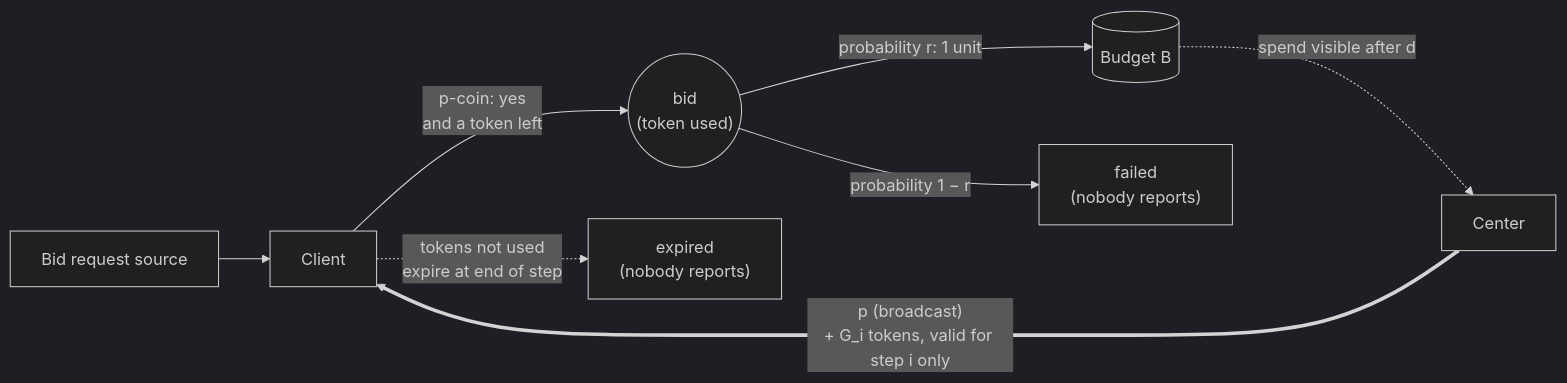
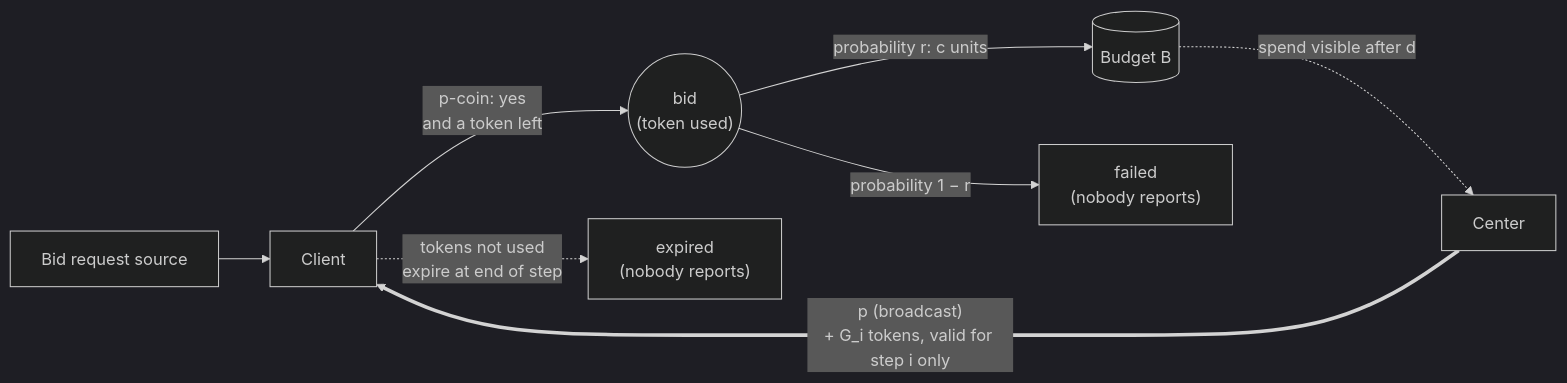
Before and after one commit to ayarodionov/budget-pacing-models: the first of 2 diagrams in models/token-cap-b.md, drawn with Mermaid (dark theme). The commit also changed other lines of this file and 13 other files, not shown here.

````diff
--- a/models/token-cap-b.md
+++ b/models/token-cap-b.md
@@ -20,10 +25,10 @@
 ```mermaid
 flowchart LR
     SRC["Bid request source"] --> CL["Client"]
     CTR["Center"] ==>|"p (broadcast)<br/>+ G_i tokens, valid for step i only"| CL
     CL -->|"p-coin: yes<br/>and a token left"| BID(("bid<br/>(token used)"))
     CL -.->|"tokens not used<br/>expire at end of step"| EXP["expired<br/>(nobody reports)"]
-    BID -->|"probability r: 1 unit"| BUD[("Budget B")]
+    BID -->|"probability r: c units"| BUD[("Budget B")]
     BID -->|"probability 1 − r"| FAIL["failed<br/>(nobody reports)"]
     BUD -.->|"spend visible after d"| CTR
 ```
````
